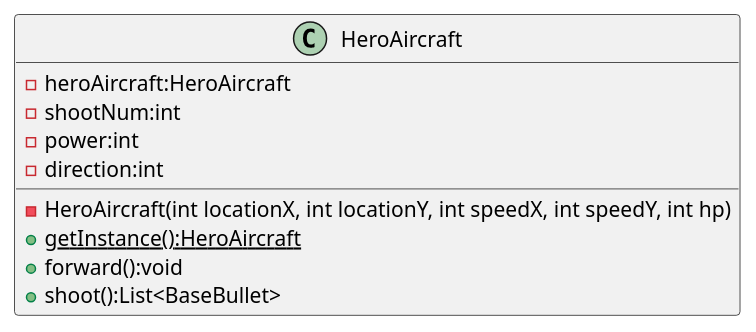
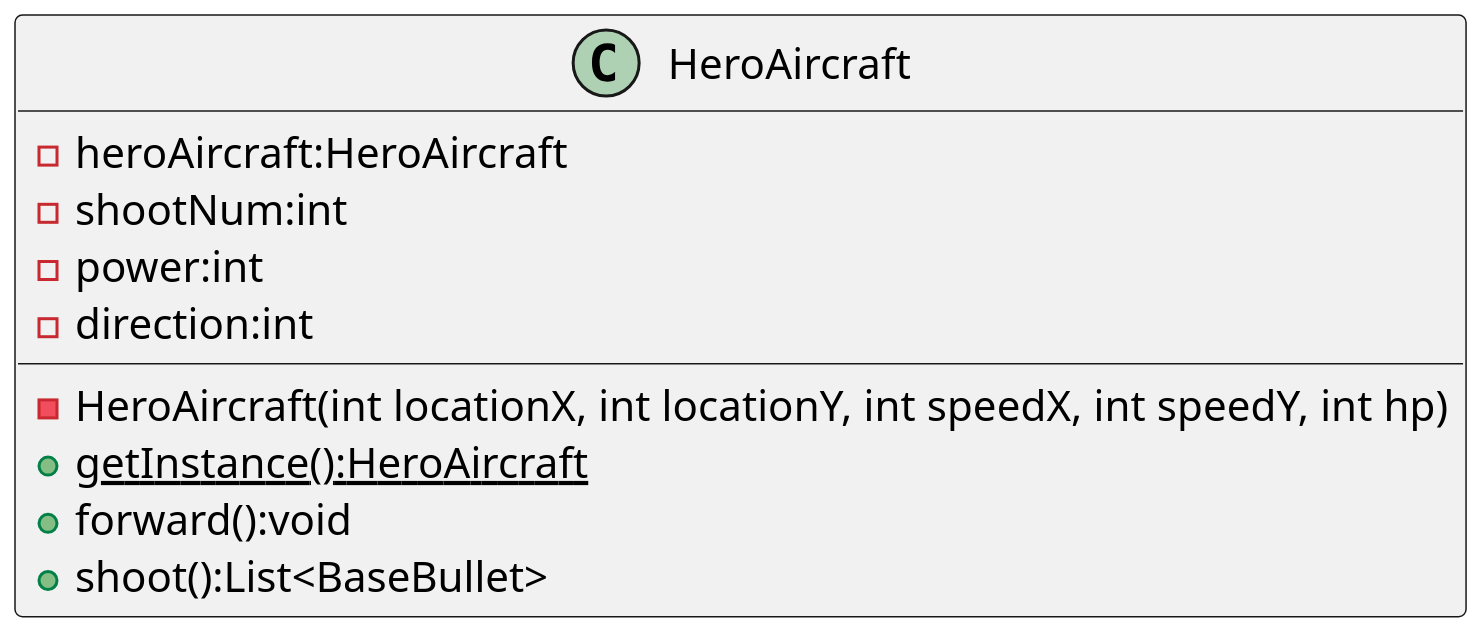
One commit to SymmFz/OOP-AircraftWar-Practice changed the diagram in uml/HeroAircraft.puml. Above: the diagram before and after it, drawn with PlantUML. The commit also changed 3 other files, not shown here.

```diff
--- a/uml/HeroAircraft.puml
+++ b/uml/HeroAircraft.puml
@@ -1,15 +1,17 @@
 @startuml
 'https://plantuml.com/class-diagram
+
+scale 2
 
 class HeroAircraft {
     - heroAircraft:HeroAircraft
     - shootNum:int
     - power:int
     - direction:int
     - HeroAircraft(int locationX, int locationY, int speedX, int speedY, int hp)
     + {static} getInstance():HeroAircraft
     + forward():void
     + shoot():List<BaseBullet>
 }
 
 @enduml
```
